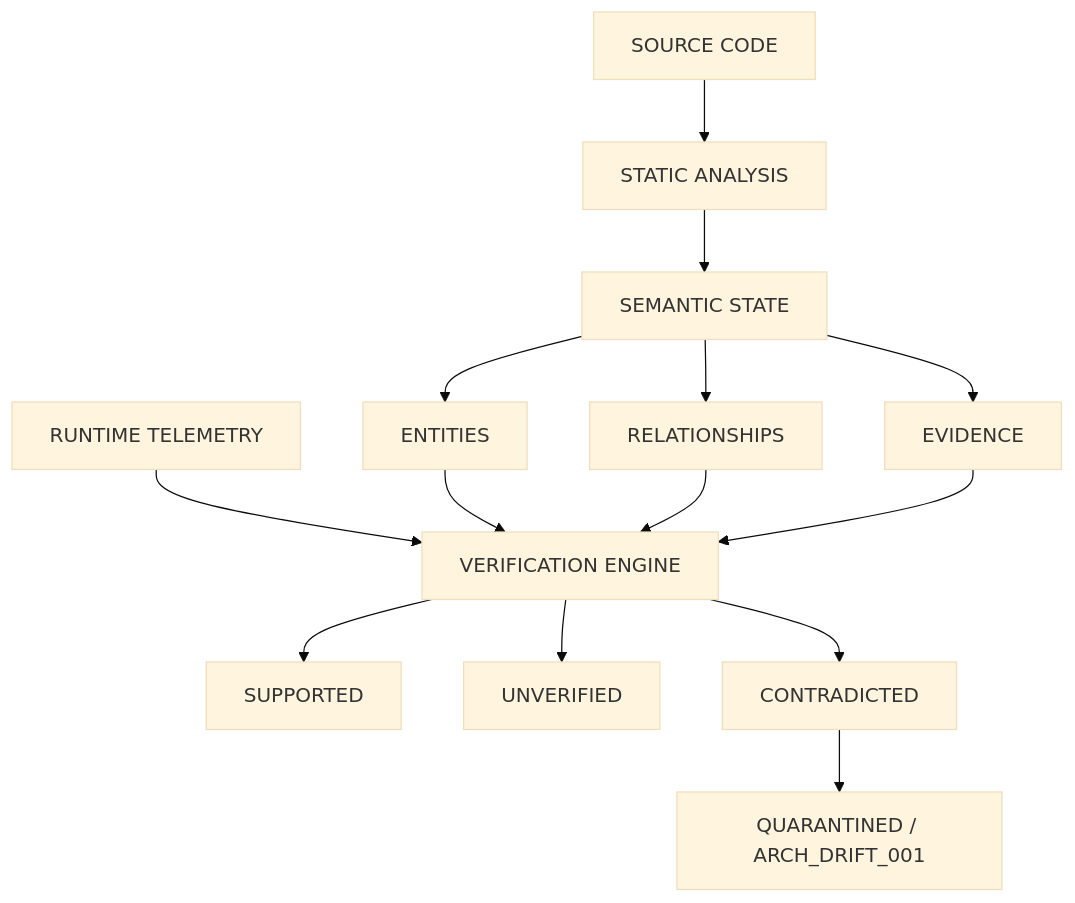
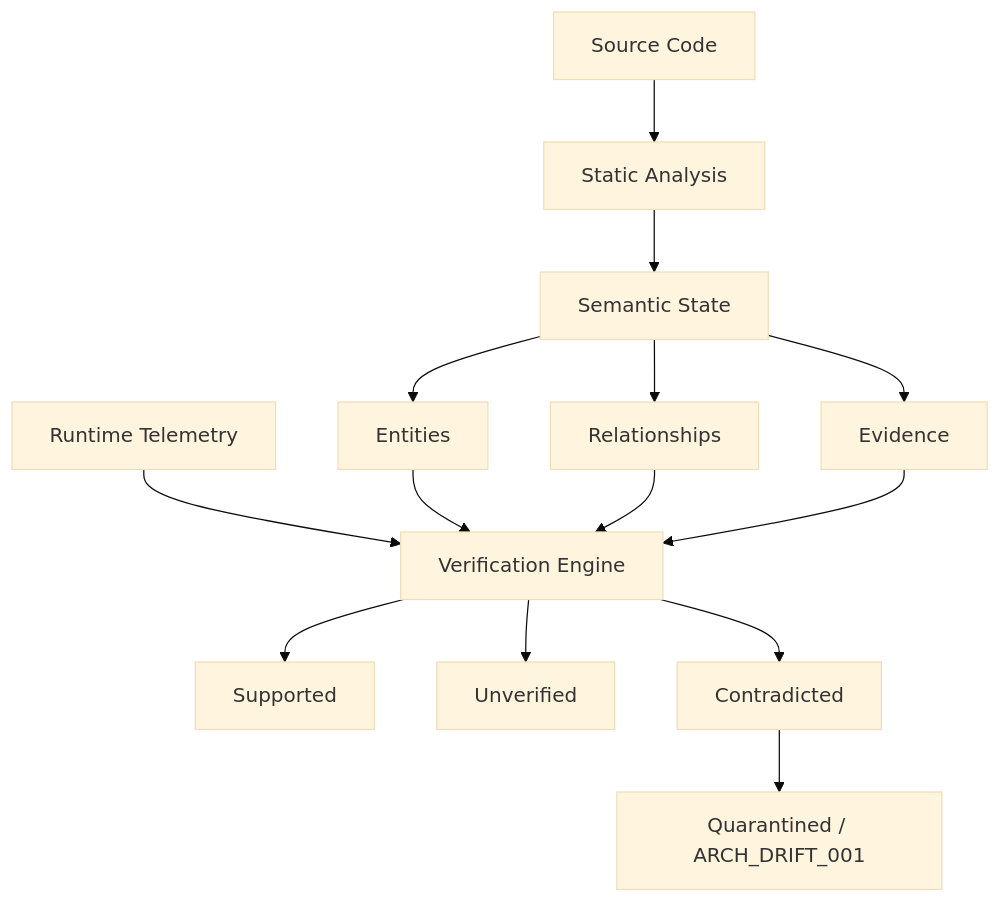
The fifth of 5 diagrams in README.md (myshra777-ai/garuda), drawn with Mermaid (base theme) before and after one commit. The commit also changed other lines of this file, not shown here.

````diff
--- a/README.md
+++ b/README.md
@@ -302,20 +326,18 @@
 ```mermaid
 flowchart TD
-    SOURCE["SOURCE CODE"] --> STATIC["STATIC ANALYSIS"]
-    STATIC --> GRAPH["SEMANTIC STATE"]
+    SOURCE["Source Code"] --> STATIC["Static Analysis"]
+    STATIC --> GRAPH["Semantic State"]
+    GRAPH --> ENTITIES["Entities"]
+    GRAPH --> RELATIONSHIPS["Relationships"]
+    GRAPH --> EVIDENCE["Evidence"]
 
-    GRAPH --> ENTITIES["ENTITIES"]
-    GRAPH --> RELATIONSHIPS["RELATIONSHIPS"]
-    GRAPH --> EVIDENCE["EVIDENCE"]
-
-    RUNTIME["RUNTIME TELEMETRY"] --> VERIFY["VERIFICATION ENGINE"]
+    RUNTIME["Runtime Telemetry"] --> VERIFY["Verification Engine"]
     ENTITIES --> VERIFY
     RELATIONSHIPS --> VERIFY
     EVIDENCE --> VERIFY
 
-    VERIFY --> SUPPORTED["SUPPORTED"]
-    VERIFY --> UNVERIFIED["UNVERIFIED"]
-    VERIFY --> CONTRADICTED["CONTRADICTED"]
-
-    CONTRADICTED --> QUARANTINE["QUARANTINED / ARCH_DRIFT_001"]
+    VERIFY --> SUPPORTED["Supported"]
+    VERIFY --> UNVERIFIED["Unverified"]
+    VERIFY --> CONTRADICTED["Contradicted"]
+    CONTRADICTED --> QUARANTINE["Quarantined / ARCH_DRIFT_001"]
 ```
````
